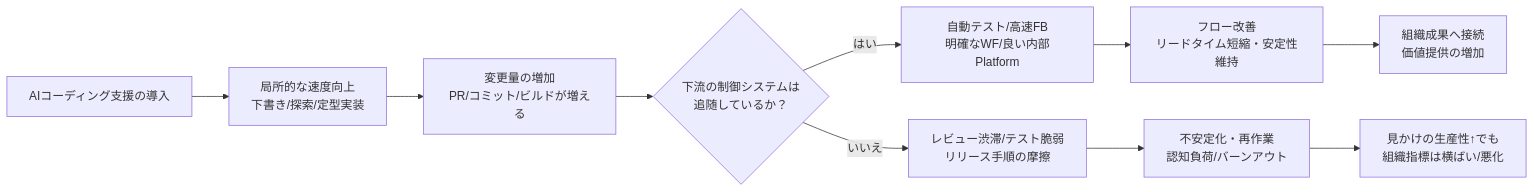
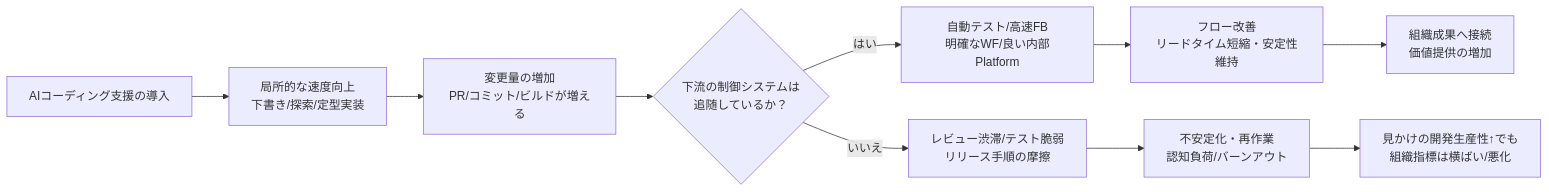
One commit to i35-267/drp_story changed the diagram in setting/reference/reference_openai.md. Above: the diagram before and after it, drawn with Mermaid. The commit also changed other lines of this file and 9 other files, not shown here.

````diff
--- a/setting/reference/reference_openai.md
+++ b/setting/reference/reference_openai.md
@@ -104,12 +104,12 @@
 ```mermaid
 flowchart LR
   A[AIコーディング支援の導入] --> B[局所的な速度向上\n下書き/探索/定型実装]
   B --> C[変更量の増加\nPR/コミット/ビルドが増える]
   C --> D{下流の制御システムは\n追随しているか？}
   D -- はい --> E[自動テスト/高速FB\n明確なWF/良い内部Platform]
   E --> F[フロー改善\nリードタイム短縮・安定性維持]
   F --> G[組織成果へ接続\n価値提供の増加]
   D -- いいえ --> H[レビュー渋滞/テスト脆弱\nリリース手順の摩擦]
   H --> I[不安定化・再作業\n認知負荷/バーンアウト]
-  I --> J[見かけの生産性↑でも\n組織指標は横ばい/悪化]
+  I --> J[見かけの開発生産性↑でも\n組織指標は横ばい/悪化]
 ```
````
